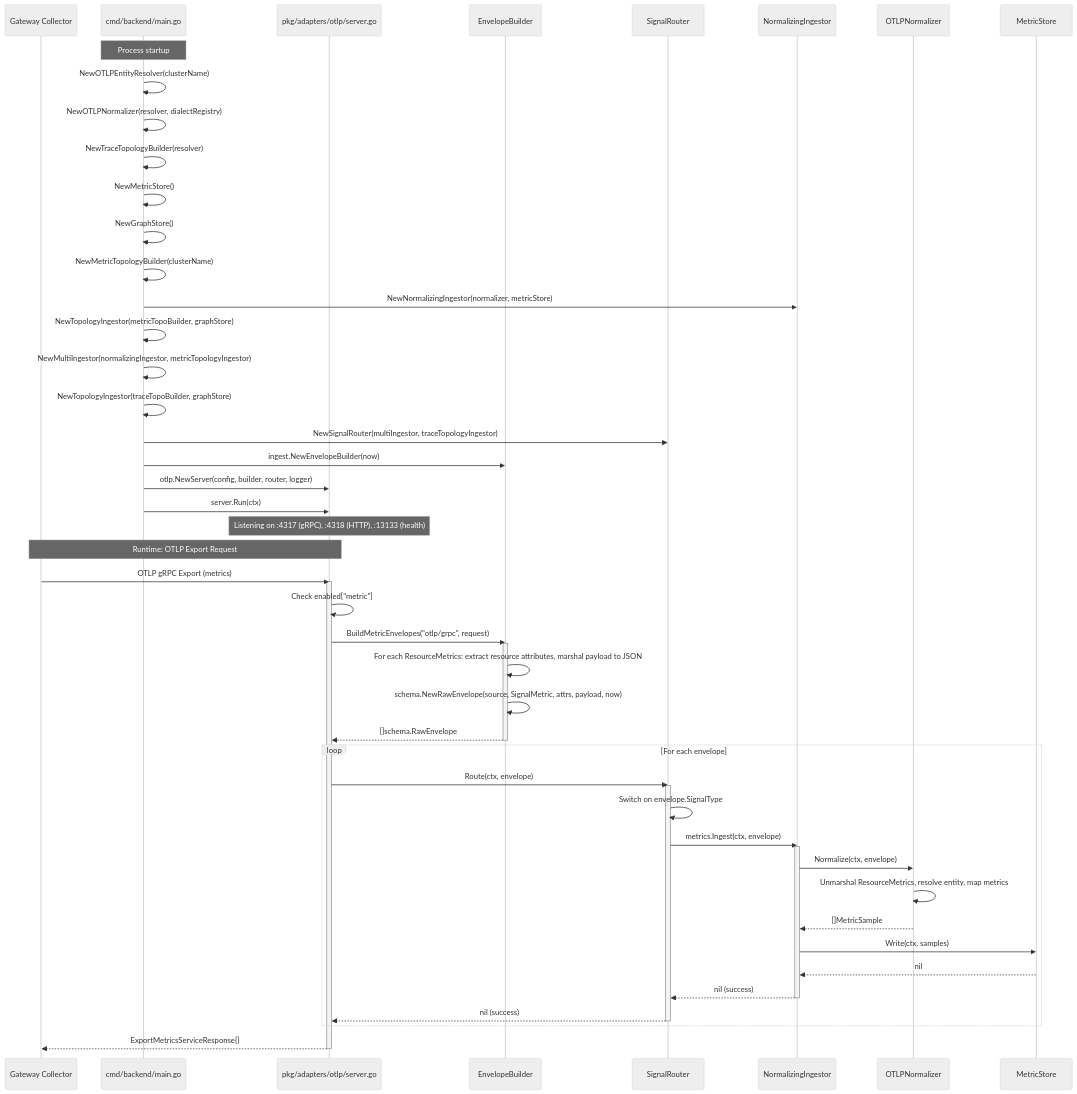
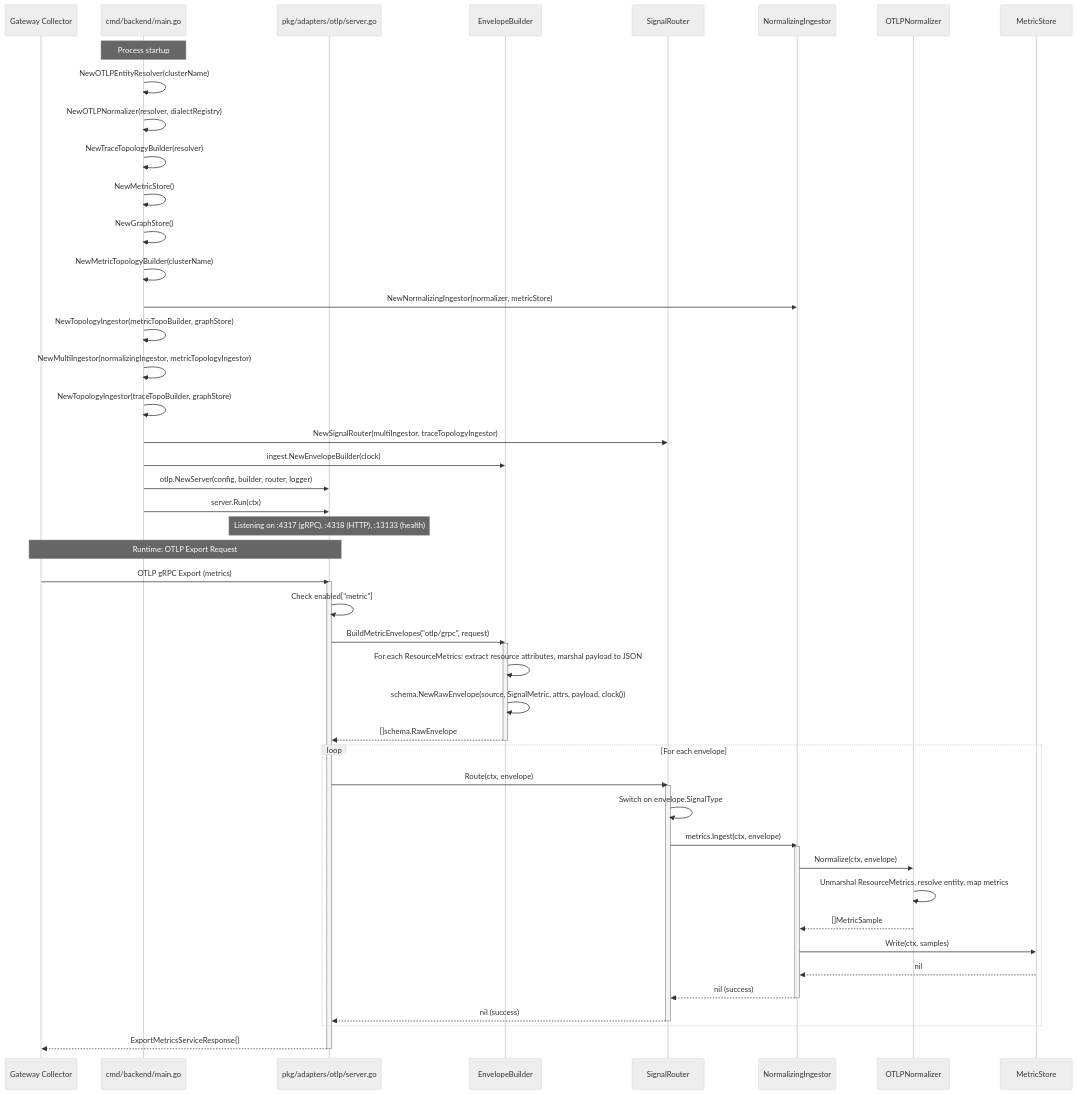
One commit to erickivel/karthos changed the second of 2 diagrams in docs/runtime-flow.md. Above: the diagram before and after it, drawn with Mermaid (neutral theme). The commit also changed other lines of this file and 10 other files, not shown here.

````diff
--- a/docs/runtime-flow.md
+++ b/docs/runtime-flow.md
@@ -65,59 +65,59 @@
 ```mermaid
 sequenceDiagram
     participant Gateway as Gateway Collector
     participant Main as cmd/backend/main.go
     participant Server as pkg/adapters/otlp/server.go
     participant Builder as EnvelopeBuilder
     participant Router as SignalRouter
     participant NI as NormalizingIngestor
     participant Norm as OTLPNormalizer
     participant MS as MetricStore
 
     Note over Main: Process startup
     Main->>Main: NewOTLPEntityResolver(clusterName)
     Main->>Main: NewOTLPNormalizer(resolver, dialectRegistry)
     Main->>Main: NewTraceTopologyBuilder(resolver)
     Main->>Main: NewMetricStore()
     Main->>Main: NewGraphStore()
     Main->>Main: NewMetricTopologyBuilder(clusterName)
     Main->>NI: NewNormalizingIngestor(normalizer, metricStore)
     Main->>Main: NewTopologyIngestor(metricTopoBuilder, graphStore)
     Main->>Main: NewMultiIngestor(normalizingIngestor, metricTopologyIngestor)
     Main->>Main: NewTopologyIngestor(traceTopoBuilder, graphStore)
     Main->>Router: NewSignalRouter(multiIngestor, traceTopologyIngestor)
-    Main->>Builder: ingest.NewEnvelopeBuilder(now)
+    Main->>Builder: ingest.NewEnvelopeBuilder(clock)
     Main->>Server: otlp.NewServer(config, builder, router, logger)
     Main->>Server: server.Run(ctx)
     Note over Server: Listening on :4317 (gRPC), :4318 (HTTP), :13133 (health)
 
     Note over Gateway,Server: Runtime: OTLP Export Request
     Gateway->>Server: OTLP gRPC Export (metrics)
     activate Server
     Server->>Server: Check enabled["metric"]
     Server->>Builder: BuildMetricEnvelopes("otlp/grpc", request)
     activate Builder
     Builder->>Builder: For each ResourceMetrics: extract resource attributes, marshal payload to JSON
-    Builder->>Builder: schema.NewRawEnvelope(source, SignalMetric, attrs, payload, now)
+    Builder->>Builder: schema.NewRawEnvelope(source, SignalMetric, attrs, payload, clock())
     Builder-->>Server: []schema.RawEnvelope
     deactivate Builder
 
     loop For each envelope
         Server->>Router: Route(ctx, envelope)
         activate Router
         Router->>Router: Switch on envelope.SignalType
         Router->>NI: metrics.Ingest(ctx, envelope)
         activate NI
         NI->>Norm: Normalize(ctx, envelope)
         Norm->>Norm: Unmarshal ResourceMetrics, resolve entity, map metrics
         Norm-->>NI: []MetricSample
         NI->>MS: Write(ctx, samples)
         MS-->>NI: nil
         NI-->>Router: nil (success)
         deactivate NI
         Router-->>Server: nil (success)
         deactivate Router
     end
 
     Server-->>Gateway: ExportMetricsServiceResponse{}
     deactivate Server
 ```
````
